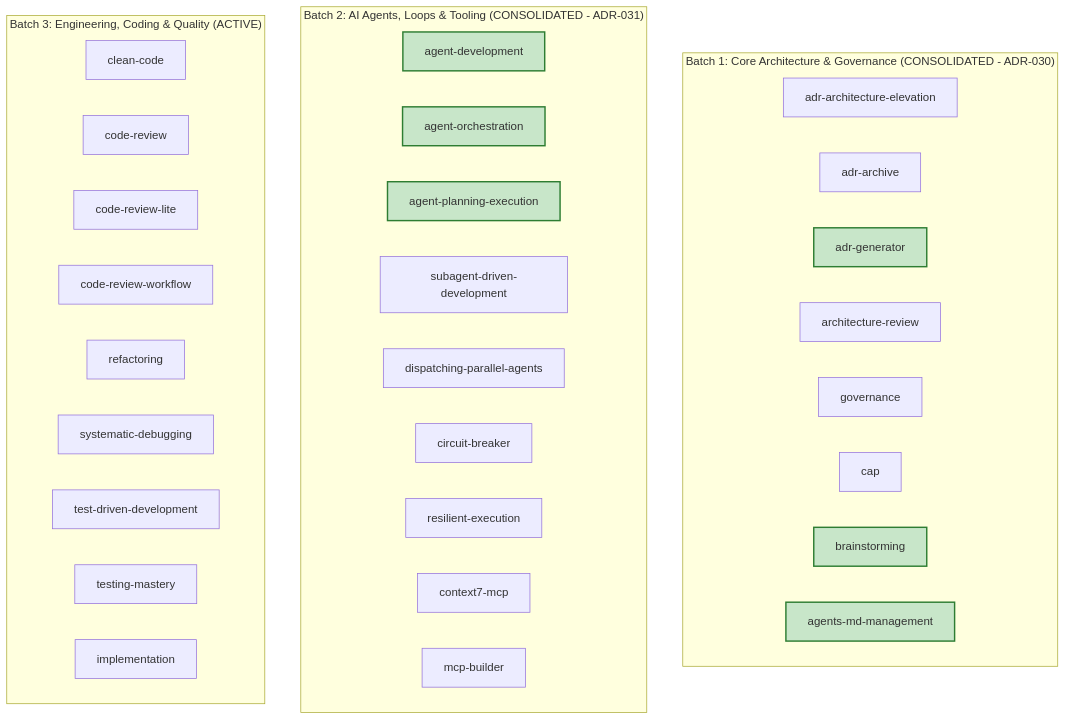
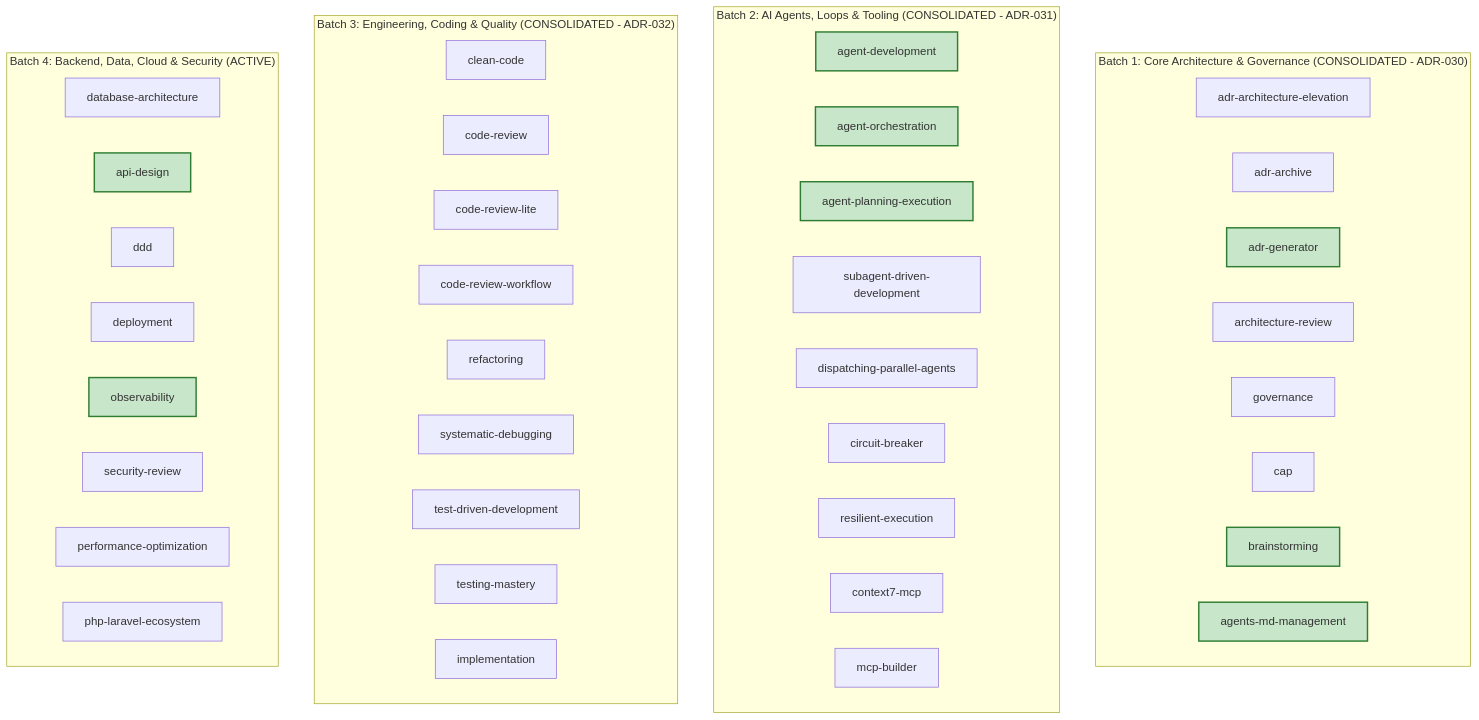
The diagram in docs/audit/skills/COGNITIVE_DEBT_RELATIONAL_GRAPH.md (lscheffel/ignite-agents-skills), drawn with Mermaid before and after one commit. The commit also changed other lines of this file and 52 other files, not shown here.

Commit message:
feat(adr): consolidate and archive ADR-032, map Batch 4 in Cognitive Debt Relational Graph

````diff
--- a/docs/audit/skills/COGNITIVE_DEBT_RELATIONAL_GRAPH.md
+++ b/docs/audit/skills/COGNITIVE_DEBT_RELATIONAL_GRAPH.md
@@ -19,44 +25,57 @@
 ```mermaid
 graph TD
     subgraph "Batch 1: Core Architecture & Governance (CONSOLIDATED - ADR-030)"
         AAE[adr-architecture-elevation]
         AA[adr-archive]
         AG[adr-generator]
         AR[architecture-review]
         GOV[governance]
         CAP[cap]
         BS[brainstorming]
         AMM[agents-md-management]
     end
 
     subgraph "Batch 2: AI Agents, Loops & Tooling (CONSOLIDATED - ADR-031)"
         AD[agent-development]
         AO[agent-orchestration]
         APE[agent-planning-execution]
         SADD[subagent-driven-development]
         DPA[dispatching-parallel-agents]
         CB[circuit-breaker]
         RE[resilient-execution]
         C7[context7-mcp]
         MCPB[mcp-builder]
     end
 
-    subgraph "Batch 3: Engineering, Coding & Quality (ACTIVE)"
+    subgraph "Batch 3: Engineering, Coding & Quality (CONSOLIDATED - ADR-032)"
         CC[clean-code]
         CR[code-review]
         CRL[code-review-lite]
         CRW[code-review-workflow]
         REF[refactoring]
         SD[systematic-debugging]
         TDD[test-driven-development]
         TM[testing-mastery]
         IMPL[implementation]
     end
 
+    subgraph "Batch 4: Backend, Data, Cloud & Security (ACTIVE)"
+        DA[database-architecture]
+        APID[api-design]
+        DDD[ddd]
+        DEP[deployment]
+        OBS[observability]
+        SEC[security-review]
+        PERF[performance-optimization]
+        PHP[php-laravel-ecosystem]
+    end
+
     style AG fill:#c8e6c9,stroke:#2e7d32,stroke-width:2px;
     style BS fill:#c8e6c9,stroke:#2e7d32,stroke-width:2px;
     style AMM fill:#c8e6c9,stroke:#2e7d32,stroke-width:2px;
     style APE fill:#c8e6c9,stroke:#2e7d32,stroke-width:2px;
     style AD fill:#c8e6c9,stroke:#2e7d32,stroke-width:2px;
     style AO fill:#c8e6c9,stroke:#2e7d32,stroke-width:2px;
+    style OBS fill:#c8e6c9,stroke:#2e7d32,stroke-width:2px;
+    style APID fill:#c8e6c9,stroke:#2e7d32,stroke-width:2px;
 ```
````
